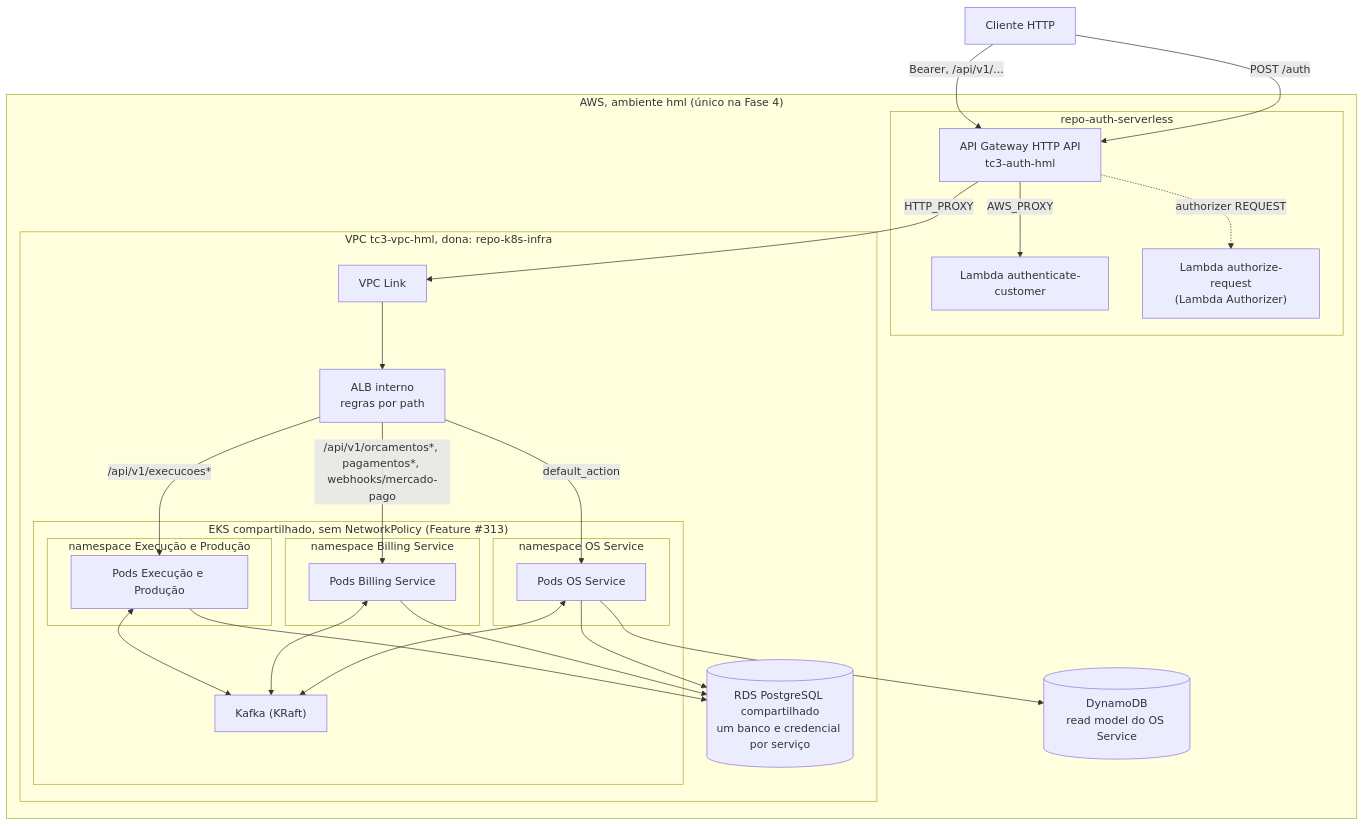
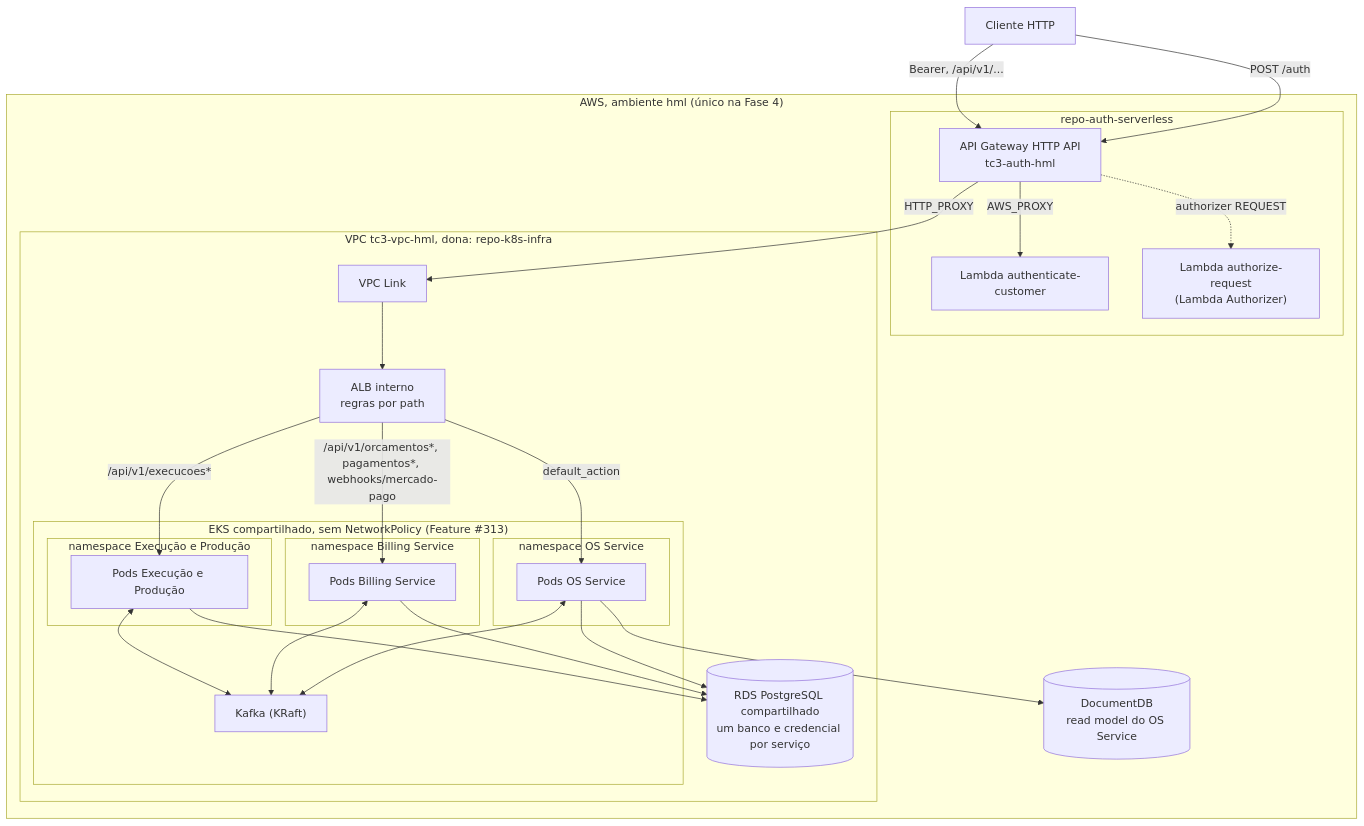
Before and after one commit to Async-And-Furious/async-furious-project: the diagram in docs/architecture/edge-topology.md, drawn with Mermaid. The commit also changed 11 other files, not shown here.

First line of the commit message:
refactor: trocar o read model DynamoDB por DocumentDB na documentacao e no deploy

````diff
--- a/docs/architecture/edge-topology.md
+++ b/docs/architecture/edge-topology.md
@@ -21,47 +21,47 @@
 ```mermaid
 flowchart TB
     client["Cliente HTTP"]
 
     subgraph AWS["AWS, ambiente hml (único na Fase 4)"]
         subgraph Edge["repo-auth-serverless"]
             apigw["API Gateway HTTP API<br/>tc3-auth-hml"]
             authFn["Lambda authenticate-customer"]
             authzFn["Lambda authorize-request<br/>(Lambda Authorizer)"]
         end
 
         subgraph VPC["VPC tc3-vpc-hml, dona: repo-k8s-infra"]
             link["VPC Link"]
             alb["ALB interno<br/>regras por path"]
             subgraph EKS["EKS compartilhado, sem NetworkPolicy (Feature #313)"]
                 subgraph nsOs["namespace OS Service"]
                     os["Pods OS Service"]
                 end
                 subgraph nsBill["namespace Billing Service"]
                     bill["Pods Billing Service"]
                 end
                 subgraph nsExec["namespace Execução e Produção"]
                     exec["Pods Execução e Produção"]
                 end
                 kafka["Kafka (KRaft)"]
             end
             rds[("RDS PostgreSQL compartilhado<br/>um banco e credencial por serviço")]
         end
-        ddb[("DynamoDB<br/>read model do OS Service")]
+        ddb[("DocumentDB<br/>read model do OS Service")]
     end
 
     client -->|"POST /auth"| apigw
     apigw -->|AWS_PROXY| authFn
     client -->|"Bearer, /api/v1/..."| apigw
     apigw -.->|authorizer REQUEST| authzFn
     apigw -->|HTTP_PROXY| link --> alb
     alb -->|"default_action"| os
     alb -->|"/api/v1/orcamentos*, pagamentos*, webhooks/mercado-pago"| bill
     alb -->|"/api/v1/execucoes*"| exec
     os --> rds
     bill --> rds
     exec --> rds
     os --> ddb
     os <--> kafka
     bill <--> kafka
     exec <--> kafka
 ```
````
